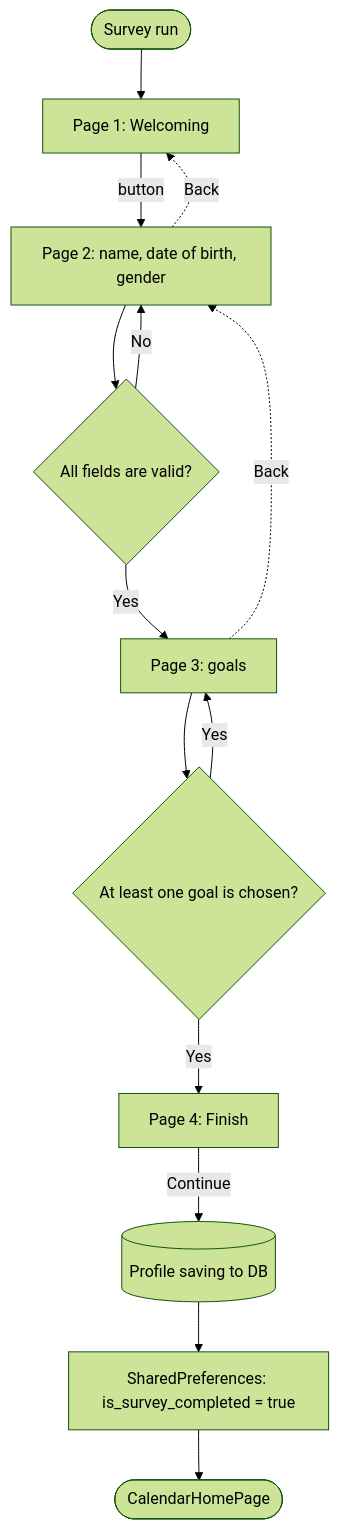
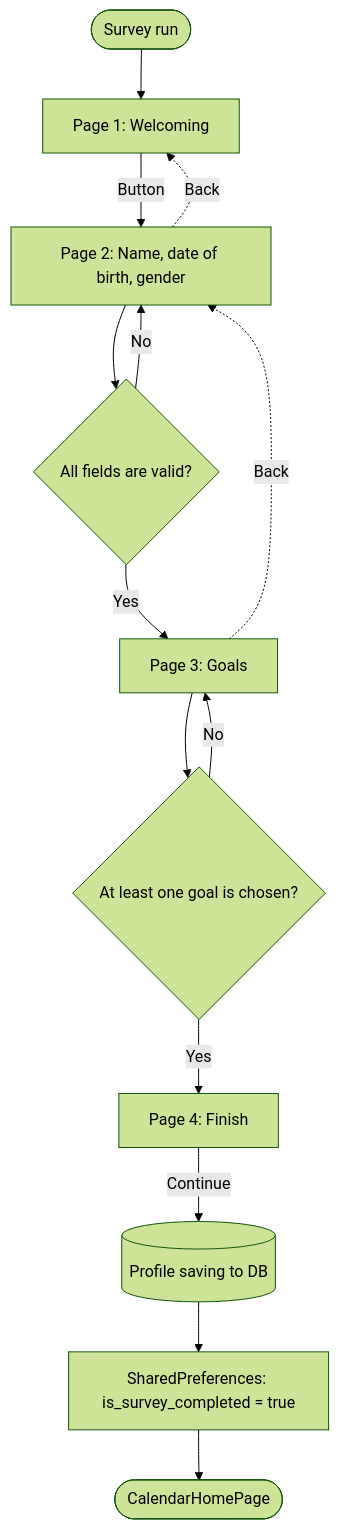
Before and after one commit to AnnShG/FitnessPlanner: the second of 2 diagrams in docs/survey.md, drawn with Mermaid (forest theme). The commit also changed other lines of this file, not shown here.

````diff
--- a/docs/survey.md
+++ b/docs/survey.md
@@ -150,16 +150,16 @@
 ```mermaid
 flowchart TD
 Start([Survey run]) --> P1["Page 1: Welcoming"]
-P1 -->|"button"| P2["Page 2: name, date of birth, gender"]
+P1 -->|"Button"| P2["Page 2: Name, date of birth, gender"]
+P2 -.->|"Back"| P1
 P2 --> V2{"All fields are valid?"}
 V2 -- No --> P2
-V2 -- Yes --> P3["Page 3: goals"]
+V2 -- Yes --> P3["Page 3: Goals"]
 P3 --> V3{"At least one goal is chosen?"}
-V3 -- Yes --> P3
+P3 -.->|"Back"| P2
+V3 -- No --> P3
 V3 -- Yes --> P4["Page 4: Finish"]
 P4 -->|"Continue"| Save[("Profile saving to DB")]
 Save --> Flag["SharedPreferences: is_survey_completed = true"]
 Flag --> Home([CalendarHomePage])
-P2 -.->|"Back"| P1
-P3 -.->|"Back"| P2
 ```
````
